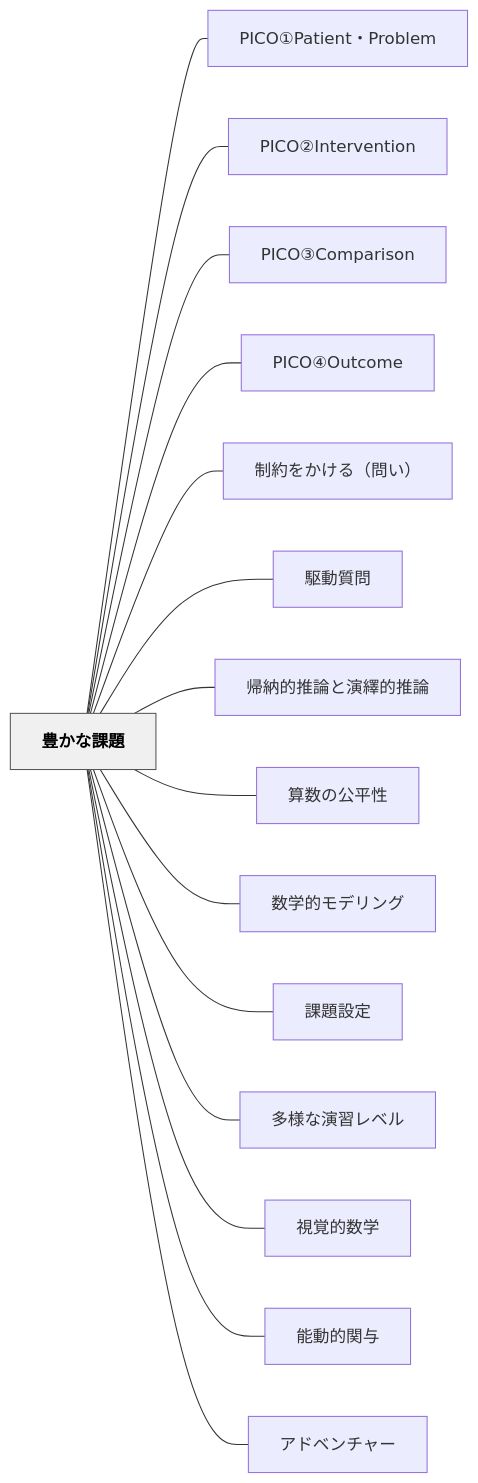
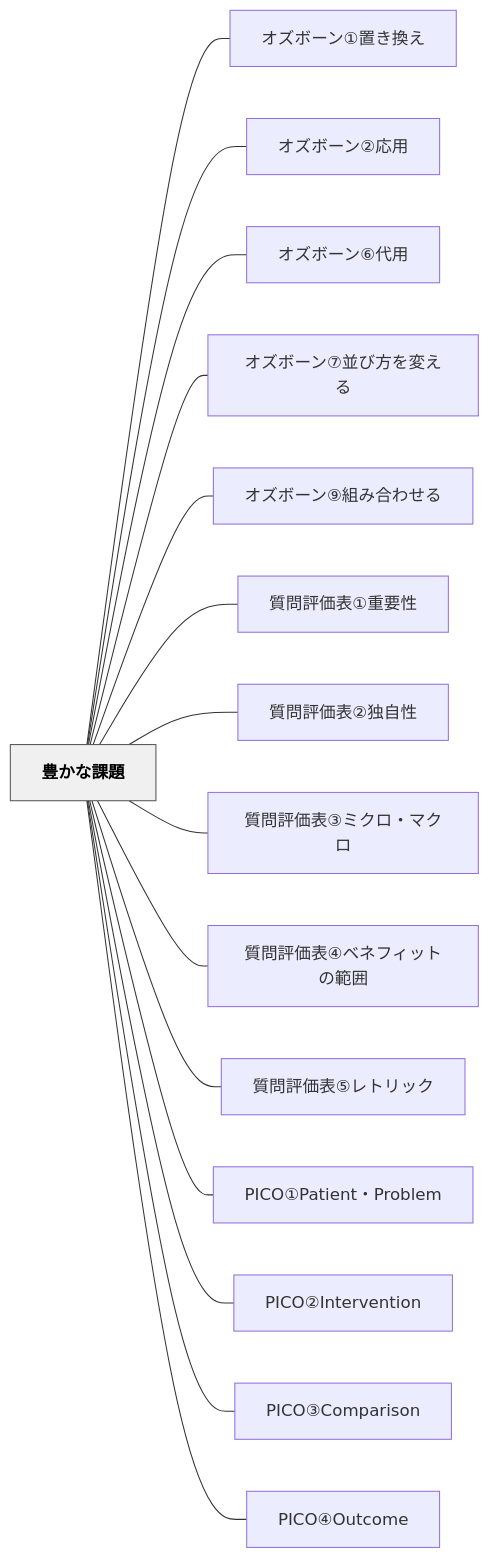
The diagram in content/パタン/豊かな課題.md (unknownthings-ed-patterns/unknownthings-ed-patterns), drawn with Mermaid before and after one commit. The commit also changed other lines of this file and 44 other files, not shown here.

````diff
--- a/content/パタン/豊かな課題.md
+++ b/content/パタン/豊かな課題.md
@@ -121,36 +131,36 @@
 ```mermaid
 flowchart LR
     ne8b18ae3818be381aae8aab2e9a18c["豊かな課題"]
+    ne382aae382bae3839ce383bce383b3e291a0e7bdaee3818de68f9be38188["オズボーン①置き換え"]
+    ne382aae382bae3839ce383bce383b3e291a1e5bf9ce794a8["オズボーン②応用"]
+    ne382aae382bae3839ce383bce383b3e291a5e4bba3e794a8["オズボーン⑥代用"]
+    ne382aae382bae3839ce383bce383b3e291a6e4b8a6e381b3e696b9e38292e5a489e38188e3828b["オズボーン⑦並び方を変える"]
+    ne382aae382bae3839ce383bce383b3e291a8e7b584e381bfe59088e3828fe3819be3828b["オズボーン⑨組み合わせる"]
+    ne8b3aae5958fe8a995e4bea1e8a1a8e291a0e9878de8a681e680a7["質問評価表①重要性"]
+    ne8b3aae5958fe8a995e4bea1e8a1a8e291a1e78bace887aae680a7["質問評価表②独自性"]
+    ne8b3aae5958fe8a995e4bea1e8a1a8e291a2e3839fe382afe383ade383bbe3839ee382afe383ad["質問評価表③ミクロ・マクロ"]
+    ne8b3aae5958fe8a995e4bea1e8a1a8e291a3e38399e3838de38395e382a3e38383e38388e381aee7af84e59bb2["質問評価表④ベネフィットの範囲"]
+    ne8b3aae5958fe8a995e4bea1e8a1a8e291a4e383ace38388e383aae38383e382af["質問評価表⑤レトリック"]
     n5049434fe291a050617469656e74e383bb50726f626c656d["PICO①Patient・Problem"]
     n5049434fe291a1496e74657276656e74696f6e["PICO②Intervention"]
     n5049434fe291a2436f6d70617269736f6e["PICO③Comparison"]
     n5049434fe291a34f7574636f6d65["PICO④Outcome"]
-    ne588b6e7b484e38292e3818be38191e3828befbc88e5958fe38184efbc89["制約をかける（問い）"]
-    ne9a786e58b95e8b3aae5958f["駆動質問"]
-    ne5b8b0e7b48de79a84e68ea8e8ab96e381a8e6bc94e7b9b9e79a84e68ea8e8ab96["帰納的推論と演繹的推論"]
-    ne7ae97e695b0e381aee585ace5b9b3e680a7["算数の公平性"]
-    ne695b0e5ada6e79a84e383a2e38387e383aae383b3e382b0["数学的モデリング"]
-    ne8aab2e9a18ce8a8ade5ae9a["課題設定"]
-    ne5a49ae6a798e381aae6bc94e7bf92e383ace38399e383ab["多様な演習レベル"]
-    ne8a696e8a69ae79a84e695b0e5ada6["視覚的数学"]
-    ne883bde58b95e79a84e996a2e4b88e["能動的関与"]
-    ne382a2e38389e38399e383b3e38381e383a3e383bc["アドベンチャー"]
 
+    ne8b18ae3818be381aae8aab2e9a18c --- ne382aae382bae3839ce383bce383b3e291a0e7bdaee3818de68f9be38188
+    ne8b18ae3818be381aae8aab2e9a18c --- ne382aae382bae3839ce383bce383b3e291a1e5bf9ce794a8
+    ne8b18ae3818be381aae8aab2e9a18c --- ne382aae382bae3839ce383bce383b3e291a5e4bba3e794a8
+    ne8b18ae3818be381aae8aab2e9a18c --- ne382aae382bae3839ce383bce383b3e291a6e4b8a6e381b3e696b9e38292e5a489e38188e3828b
+    ne8b18ae3818be381aae8aab2e9a18c --- ne382aae382bae3839ce383bce383b3e291a8e7b584e381bfe59088e3828fe3819be3828b
+    ne8b18ae3818be381aae8aab2e9a18c --- ne8b3aae5958fe8a995e4bea1e8a1a8e291a0e9878de8a681e680a7
+    ne8b18ae3818be381aae8aab2e9a18c --- ne8b3aae5958fe8a995e4bea1e8a1a8e291a1e78bace887aae680a7
+    ne8b18ae3818be381aae8aab2e9a18c --- ne8b3aae5958fe8a995e4bea1e8a1a8e291a2e3839fe382afe383ade383bbe3839ee382afe383ad
+    ne8b18ae3818be381aae8aab2e9a18c --- ne8b3aae5958fe8a995e4bea1e8a1a8e291a3e38399e3838de38395e382a3e38383e38388e381aee7af84e59bb2
+    ne8b18ae3818be381aae8aab2e9a18c --- ne8b3aae5958fe8a995e4bea1e8a1a8e291a4e383ace38388e383aae38383e382af
     ne8b18ae3818be381aae8aab2e9a18c --- n5049434fe291a050617469656e74e383bb50726f626c656d
     ne8b18ae3818be381aae8aab2e9a18c --- n5049434fe291a1496e74657276656e74696f6e
     ne8b18ae3818be381aae8aab2e9a18c --- n5049434fe291a2436f6d70617269736f6e
     ne8b18ae3818be381aae8aab2e9a18c --- n5049434fe291a34f7574636f6d65
-    ne8b18ae3818be381aae8aab2e9a18c --- ne588b6e7b484e38292e3818be38191e3828befbc88e5958fe38184efbc89
-    ne8b18ae3818be381aae8aab2e9a18c --- ne9a786e58b95e8b3aae5958f
-    ne8b18ae3818be381aae8aab2e9a18c --- ne5b8b0e7b48de79a84e68ea8e8ab96e381a8e6bc94e7b9b9e79a84e68ea8e8ab96
-    ne8b18ae3818be381aae8aab2e9a18c --- ne7ae97e695b0e381aee585ace5b9b3e680a7
-    ne8b18ae3818be381aae8aab2e9a18c --- ne695b0e5ada6e79a84e383a2e38387e383aae383b3e382b0
-    ne8b18ae3818be381aae8aab2e9a18c --- ne8aab2e9a18ce8a8ade5ae9a
-    ne8b18ae3818be381aae8aab2e9a18c --- ne5a49ae6a798e381aae6bc94e7bf92e383ace38399e383ab
-    ne8b18ae3818be381aae8aab2e9a18c --- ne8a696e8a69ae79a84e695b0e5ada6
-    ne8b18ae3818be381aae8aab2e9a18c --- ne883bde58b95e79a84e996a2e4b88e
-    ne8b18ae3818be381aae8aab2e9a18c --- ne382a2e38389e38399e383b3e38381e383a3e383bc
 
     classDef hub fill:#f0f0f0,stroke:#555,color:#000,font-weight:bold
     class ne8b18ae3818be381aae8aab2e9a18c hub
 ```
````
